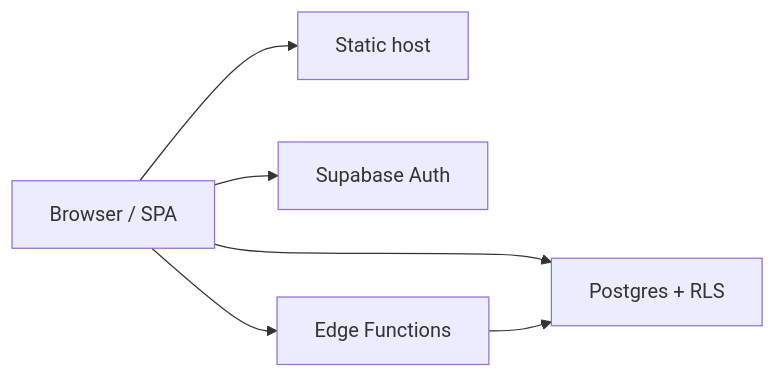
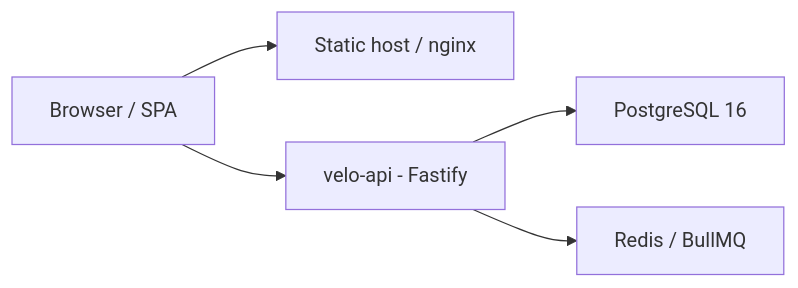
The diagram in docs/project-state.md (Davmunrey/CRM-Project), drawn with Mermaid before and after one commit. The commit also changed other lines of this file and 6 other files, not shown here.

First line of the commit message:
docs + fix: velo-api migration docs, smoke checklist, AcceptInvite lint

````diff
--- a/docs/project-state.md
+++ b/docs/project-state.md
@@ -43,13 +43,12 @@
 ```mermaid
 flowchart LR
   Browser[Browser / SPA]
-  Host[Static host]
-  SupaAuth[Supabase Auth]
-  Postgres[Postgres + RLS]
-  Edge[Edge Functions]
+  Host[Static host / nginx]
+  API[velo-api - Fastify]
+  Postgres[PostgreSQL 16]
+  Redis[Redis / BullMQ]
   Browser --> Host
-  Browser --> SupaAuth
-  Browser --> Postgres
-  Browser --> Edge
-  Edge --> Postgres
+  Browser --> API
+  API --> Postgres
+  API --> Redis
 ```
````
